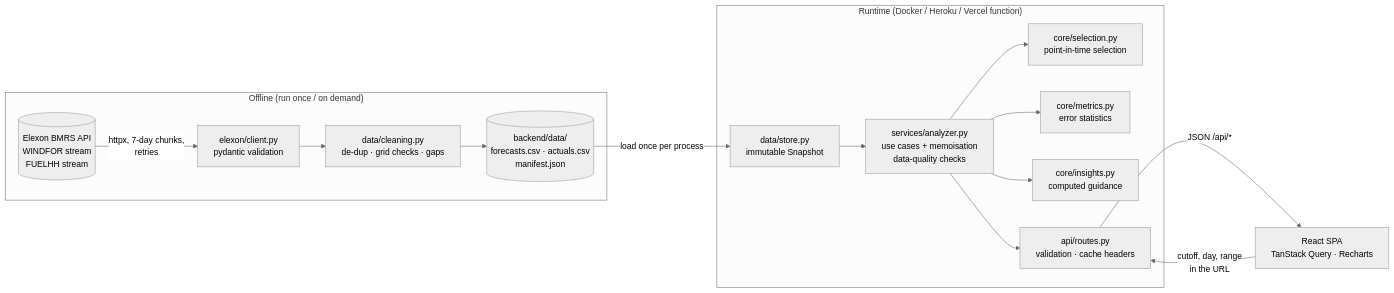
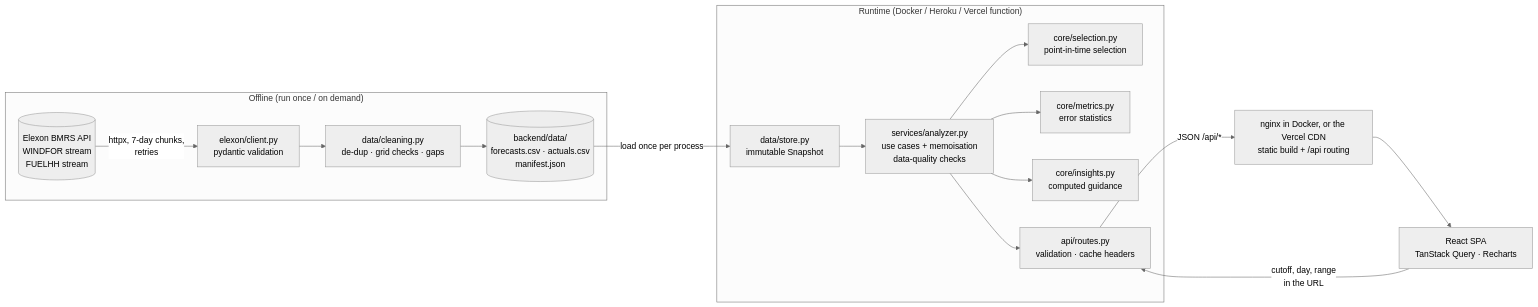
Before and after one commit to sundram7865/djffn: the diagram in docs/ARCHITECTURE.md, drawn with Mermaid (neutral theme). The commit also changed other lines of this file and 49 other files, not shown here.

````diff
--- a/docs/ARCHITECTURE.md
+++ b/docs/ARCHITECTURE.md
@@ -5,20 +5,21 @@
 ```mermaid
 flowchart LR
     subgraph Offline["Offline (run once / on demand)"]
         E[(Elexon BMRS API<br/>WINDFOR stream<br/>FUELHH stream)] -->|httpx, 7-day chunks,<br/>retries| C[elexon/client.py<br/>pydantic validation]
         C --> CL[data/cleaning.py<br/>de-dup · grid checks · gaps]
         CL --> S[(backend/data/<br/>forecasts.csv · actuals.csv<br/>manifest.json)]
     end
 
     subgraph Runtime["Runtime (Docker / Heroku / Vercel function)"]
         S -->|load once per process| ST[data/store.py<br/>immutable Snapshot]
         ST --> AN[services/analyzer.py<br/>use cases + memoisation<br/>data-quality checks]
         AN --> SEL[core/selection.py<br/>point-in-time selection]
         AN --> MET[core/metrics.py<br/>error statistics]
         AN --> INS[core/insights.py<br/>computed guidance]
         AN --> R[api/routes.py<br/>validation · cache headers]
     end
 
-    R -->|JSON /api/*| UI[React SPA<br/>TanStack Query · Recharts]
+    R -->|JSON /api/*| NG[nginx in Docker, or the Vercel CDN<br/>static build + /api routing]
+    NG --> UI[React SPA<br/>TanStack Query · Recharts]
     UI -->|cutoff, day, range<br/>in the URL| R
 ```
````
